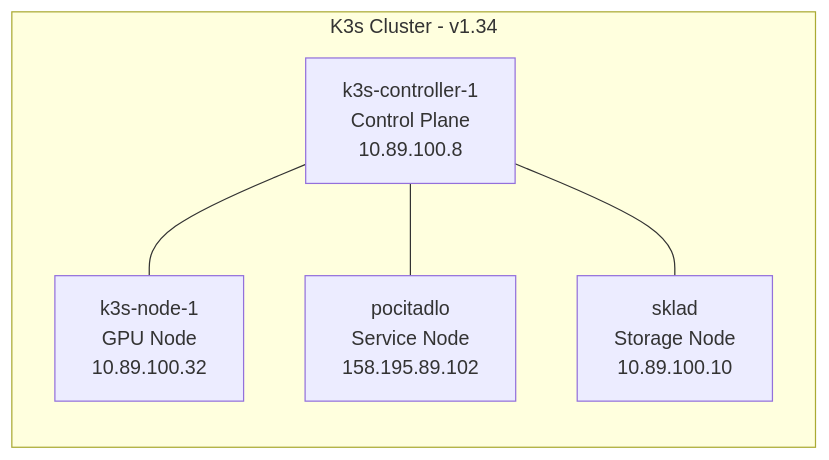
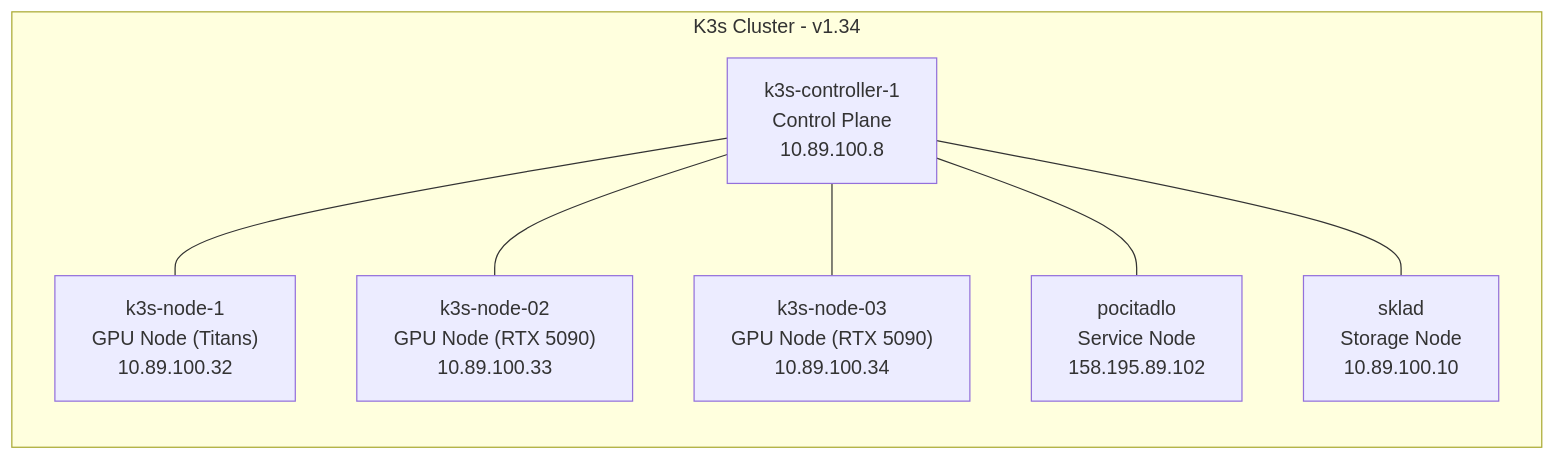
The first of 2 diagrams in cluster-nodes.md (fmfi-dai-gpu-servers/compute-wiki), drawn with Mermaid before and after one commit. The commit also changed other lines of this file and 7 other files, not shown here.

First line of the commit message:
Document cu128 GPU platform, TITAN Xp masking, and 6-node cluster

````diff
--- a/cluster-nodes.md
+++ b/cluster-nodes.md
@@ -7,13 +7,17 @@
 ```mermaid
 flowchart LR
     subgraph cluster["K3s Cluster - v1.34"]
         CTRL["k3s-controller-1\nControl Plane\n10.89.100.8"]
-        GPU["k3s-node-1\nGPU Node\n10.89.100.32"]
+        GPU1["k3s-node-1\nGPU Node (Titans)\n10.89.100.32"]
+        GPU2["k3s-node-02\nGPU Node (RTX 5090)\n10.89.100.33"]
+        GPU3["k3s-node-03\nGPU Node (RTX 5090)\n10.89.100.34"]
         SVC["pocitadlo\nService Node\n158.195.89.102"]
         STOR["sklad\nStorage Node\n10.89.100.10"]
     end
 
-    CTRL --- GPU
+    CTRL --- GPU1
+    CTRL --- GPU2
+    CTRL --- GPU3
     CTRL --- SVC
     CTRL --- STOR
 ```
````
